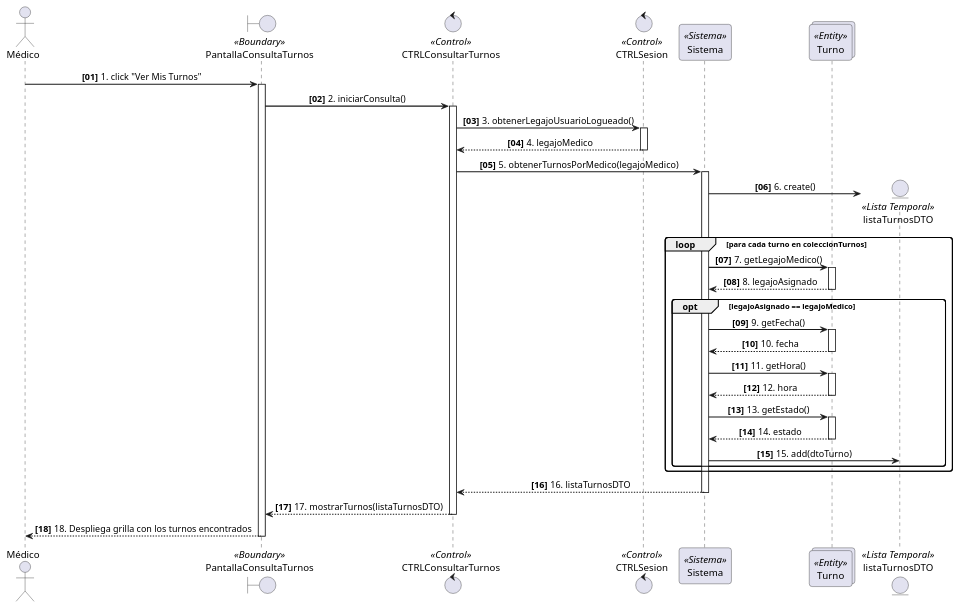
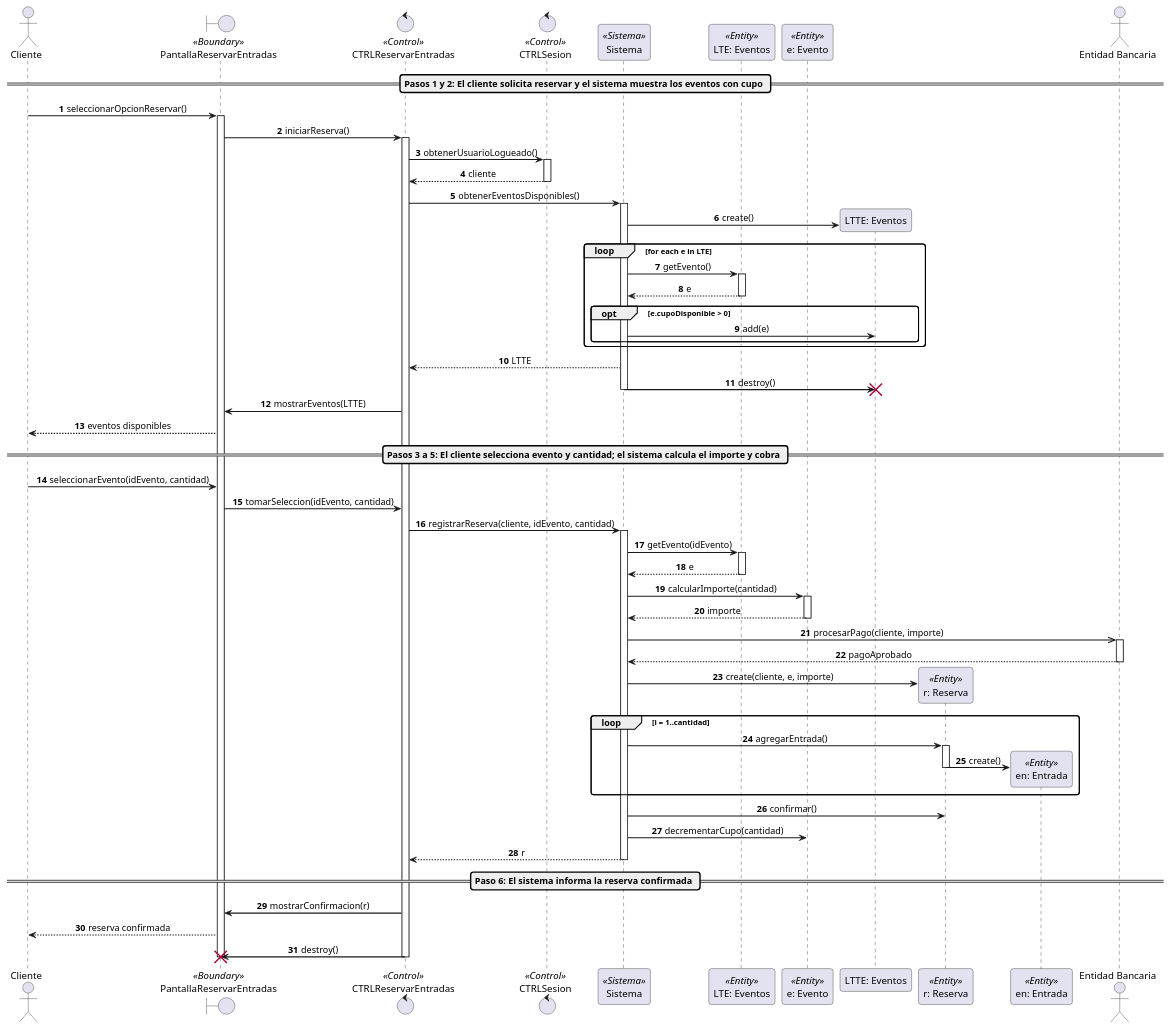
The diagram in .agents/skills/dsi-secuencia/examples/ejemplo_secuencia_catedra.puml (sandobaitt/dsi-2026), drawn with PlantUML before and after one commit. The commit also changed 34 other files, not shown here.

Commit message:
refactor: update sequence and class templates, guidelines, and add verification script

```diff
--- a/.agents/skills/dsi-secuencia/examples/ejemplo_secuencia_catedra.puml
+++ b/.agents/skills/dsi-secuencia/examples/ejemplo_secuencia_catedra.puml
@@ -1,90 +1,119 @@
 @startuml ejemplo_secuencia_catedra
 !pragma layout smetana
-autonumber "<b>[00]</b>"
+autonumber
 skinparam shadowing false
 skinparam roundcorner 8
 skinparam sequenceArrowThickness 1.5
 skinparam sequenceMessageAlign center
 skinparam responseMessageBelowArrow true
 
 ' ==============================================================================
-' EJEMPLO MODELO DE CÁTEDRA: Caso de Uso "Consultar Turnos Asignados"
-' Cumple al 100% con las reglas y correcciones de la cátedra de DSI
+' EJEMPLO DE REFERENCIA: Caso de Uso "Reservar Entradas" (camino estándar)
+' Precondición: Cliente autenticado. No validado por la cátedra.
+' Cubre: CTRLSesion, LTE (recorrido) con guarda por atributo, LTTE (lista temporal)
+'        + destroy(), búsqueda indexada, patrón experto, cambio de estado con mensaje
+'        de negocio, actor externo invocado por Sistema (asíncrono), composición
+'        Reserva-Entrada y destroy de la UI al final.
 ' ==============================================================================
 
-' 1. Participantes ordenados de izquierda a derecha
-actor "Médico" as Actor
-boundary "PantallaConsultaTurnos" as UI <<Boundary>>
-control "CTRLConsultarTurnos" as CTRLCU <<Control>>
+actor "Cliente" as Actor
+boundary "PantallaReservarEntradas" as UI <<Boundary>>
+control "CTRLReservarEntradas" as CTRLCU <<Control>>
 control "CTRLSesion" as CTRLSesion <<Control>>
 participant "Sistema" as Sistema <<Sistema>>
-collections "Turno" as Turnos <<Entity>>
-entity "listaTurnosDTO" as ListaTemp <<Lista Temporal>>
+participant "LTE: Eventos" as LTE <<Entity>>
+participant "e: Evento" as Evento <<Entity>>
+participant "LTTE: Eventos" as LTTE
+participant "r: Reserva" as Reserva <<Entity>>
+participant "en: Entrada" as Entrada <<Entity>>
+actor "Entidad Bancaria" as Banco
 
-' ------------------------------------------------------------------------------
-' FLUJO PRINCIPAL
-' ------------------------------------------------------------------------------
-
-' El actor no ingresa su legajo manualmente; el sistema lo extrae de la sesión
-Actor -> UI: 1. click "Ver Mis Turnos"
+== Pasos 1 y 2: El cliente solicita reservar y el sistema muestra los eventos con cupo ==
+Actor -> UI: seleccionarOpcionReservar()
 activate UI
-
-UI -> CTRLCU: 2. iniciarConsulta()
+UI -> CTRLCU: iniciarReserva()
 activate CTRLCU
 
-' Regla: CTRLCU extrae credenciales de CTRLSesion (instancia preexistente)
-CTRLCU -> CTRLSesion: 3. obtenerLegajoUsuarioLogueado()
+CTRLCU -> CTRLSesion: obtenerUsuarioLogueado()
 activate CTRLSesion
-CTRLSesion --> CTRLCU: 4. legajoMedico
+CTRLSesion --> CTRLCU: cliente
 deactivate CTRLSesion
 
-' Regla: CTRL a Sistema utiliza verbos en español como "obtener...()" (NO "get")
-CTRLCU -> Sistema: 5. obtenerTurnosPorMedico(legajoMedico)
+CTRLCU -> Sistema: obtenerEventosDisponibles()
 activate Sistema
 
-' Regla: Sistema es el único responsable de crear e instanciar la lista temporal
-create ListaTemp
-Sistema -> ListaTemp: 6. create()
+create LTTE
+Sistema -> LTTE: create()
 
-' Bucle sobre la colección de entidades
-loop para cada turno en coleccionTurnos
-    ' Regla: Sistema a Entidad utiliza "get...()" para consultar atributos
-    Sistema -> Turnos: 7. getLegajoMedico()
-    activate Turnos
-    Turnos --> Sistema: 8. legajoAsignado
-    deactivate Turnos
+' Recorrido: el getter devuelve el objeto y se compara por atributo en la guarda
+loop for each e in LTE
+    Sistema -> LTE: getEvento()
+    activate LTE
+    LTE --> Sistema: e
+    deactivate LTE
 
-    opt legajoAsignado == legajoMedico
-        Sistema -> Turnos: 9. getFecha()
-        activate Turnos
-        Turnos --> Sistema: 10. fecha
-        deactivate Turnos
-
-        Sistema -> Turnos: 11. getHora()
-        activate Turnos
-        Turnos --> Sistema: 12. hora
-        deactivate Turnos
-
-        Sistema -> Turnos: 13. getEstado()
-        activate Turnos
-        Turnos --> Sistema: 14. estado
-        deactivate Turnos
-
-        ' Sistema agrega el elemento a la lista que ya referencia
-        Sistema -> ListaTemp: 15. add(dtoTurno)
+    opt e.cupoDisponible > 0
+        Sistema -> LTTE: add(e)
     end
 end
 
-' Regla: NO hay mensaje de retorno desde ListaTemp hacia Sistema
-' Regla: NO se usa destroy para listas temporales (parcial friendly)
-' Regla: Retorno mediante línea punteada sin la palabra "return"
-Sistema --> CTRLCU: 16. listaTurnosDTO
+Sistema --> CTRLCU: LTTE
+Sistema -> LTTE: destroy()
+destroy LTTE
 deactivate Sistema
 
-CTRLCU --> UI: 17. mostrarTurnos(listaTurnosDTO)
+CTRLCU -> UI: mostrarEventos(LTTE)
+UI --> Actor: eventos disponibles
+
+== Pasos 3 a 5: El cliente selecciona evento y cantidad; el sistema calcula el importe y cobra ==
+Actor -> UI: seleccionarEvento(idEvento, cantidad)
+UI -> CTRLCU: tomarSeleccion(idEvento, cantidad)
+
+CTRLCU -> Sistema: registrarReserva(cliente, idEvento, cantidad)
+activate Sistema
+
+' Búsqueda indexada: un objeto puntual por su id, sin loop
+Sistema -> LTE: getEvento(idEvento)
+activate LTE
+LTE --> Sistema: e
+deactivate LTE
+
+' Patrón experto: el evento calcula su importe
+Sistema -> Evento: calcularImporte(cantidad)
+activate Evento
+Evento --> Sistema: importe
+deactivate Evento
+
+' Actor externo: lo invoca Sistema, mensaje asíncrono
+Sistema ->> Banco: procesarPago(cliente, importe)
+activate Banco
+Banco --> Sistema: pagoAprobado
+deactivate Banco
+
+' Composición: Sistema crea la cabecera, la cabecera crea los detalles
+create Reserva
+Sistema -> Reserva: create(cliente, e, importe)
+loop i = 1..cantidad
+    Sistema -> Reserva: agregarEntrada()
+    activate Reserva
+    create Entrada
+    Reserva -> Entrada: create()
+    deactivate Reserva
+end
+
+' Cambio de estado con mensaje de negocio, no con setEstado
+Sistema -> Reserva: confirmar()
+Sistema -> Evento: decrementarCupo(cantidad)
+
+Sistema --> CTRLCU: r
+deactivate Sistema
+
+== Paso 6: El sistema informa la reserva confirmada ==
+CTRLCU -> UI: mostrarConfirmacion(r)
+UI --> Actor: reserva confirmada
+
+CTRLCU -> UI: destroy()
+destroy UI
 deactivate CTRLCU
 
-UI --> Actor: 18. Despliega grilla con los turnos encontrados
-deactivate UI
-
 @enduml
```
